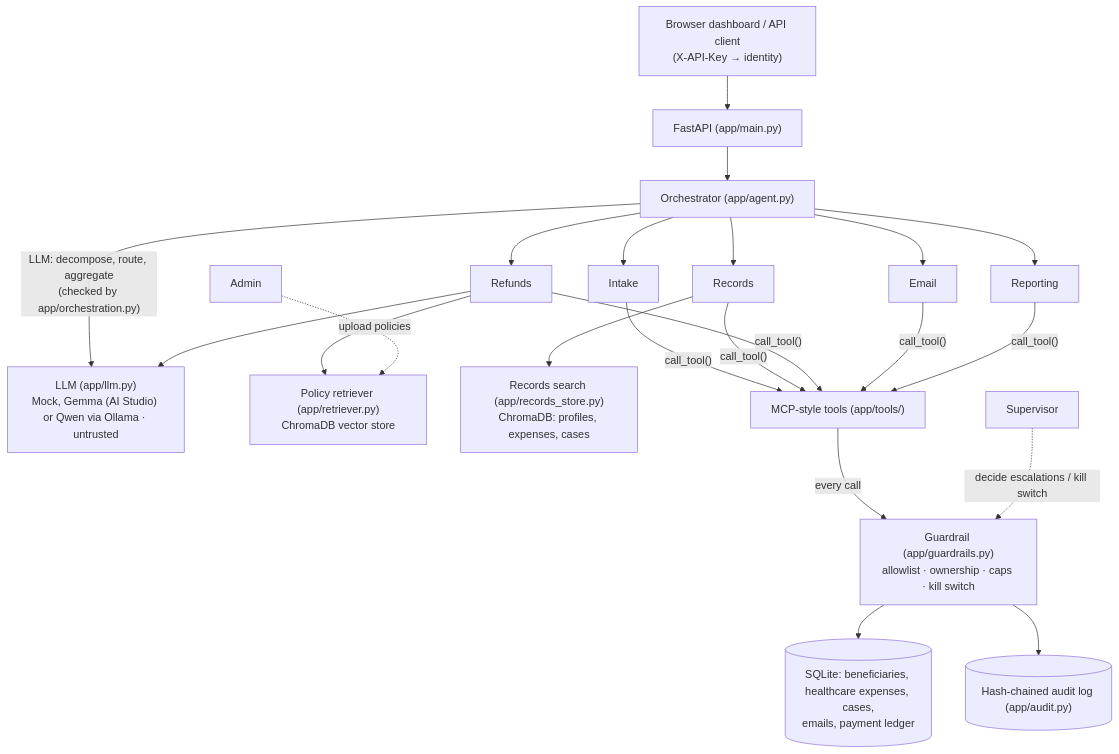
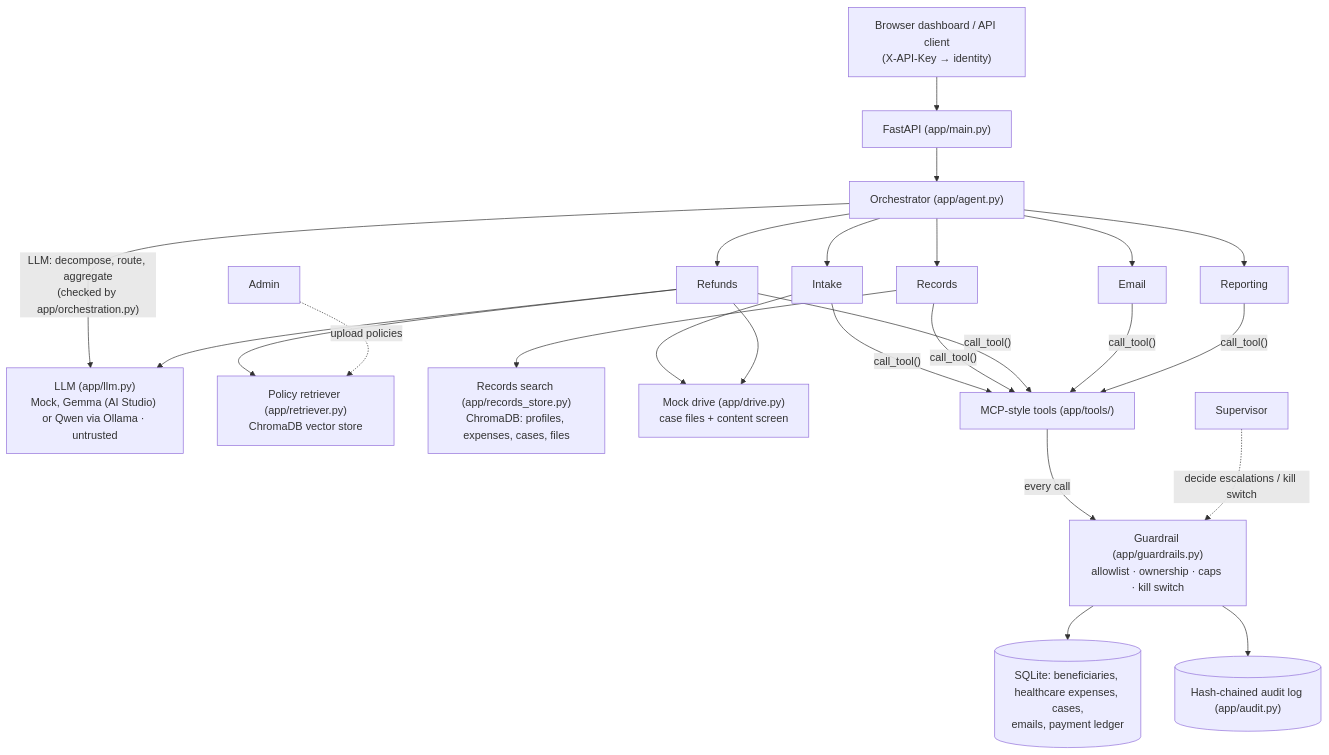
The diagram in README.md (sujihancock/CSEN296-PROJECT-TEAM4), drawn with Mermaid before and after one commit. The commit also changed other lines of this file and 21 other files, not shown here.

Commit message:
mock drive

````diff
--- a/README.md
+++ b/README.md
@@ -85,16 +87,17 @@
 ```mermaid
 flowchart TD
     UI["Browser dashboard / API client<br/>(X-API-Key → identity)"] --> API["FastAPI (app/main.py)"]
     API --> Orch["Orchestrator (app/agent.py)"]
     Orch -->|"LLM: decompose, route, aggregate<br/>(checked by app/orchestration.py)"| LLM
     Orch --> Intake & Records & Refunds & Email & Reporting
     Refunds --> LLM["LLM (app/llm.py)<br/>Mock, Gemma (AI Studio) or Qwen via Ollama · untrusted"]
     Refunds --> RAG["Policy retriever (app/retriever.py)<br/>ChromaDB vector store"]
-    Records --> RRAG["Records search (app/records_store.py)<br/>ChromaDB: profiles, expenses, cases"]
+    Records --> RRAG["Records search (app/records_store.py)<br/>ChromaDB: profiles, expenses, cases, files"]
+    Intake & Refunds --> Drive["Mock drive (app/drive.py)<br/>case files + content screen"]
     Intake & Records & Refunds & Email & Reporting -->|"call_tool()"| Tools["MCP-style tools (app/tools/)"]
     Tools -->|"every call"| G["Guardrail (app/guardrails.py)<br/>allowlist · ownership · caps · kill switch"]
     G --> DB[("SQLite: beneficiaries, healthcare expenses, cases,<br/>emails, payment ledger")]
     G --> Audit[("Hash-chained audit log (app/audit.py)")]
     Sup["Supervisor"] -.->|"decide escalations / kill switch"| G
     Admin["Admin"] -.->|"upload policies"| RAG
 ```
````
